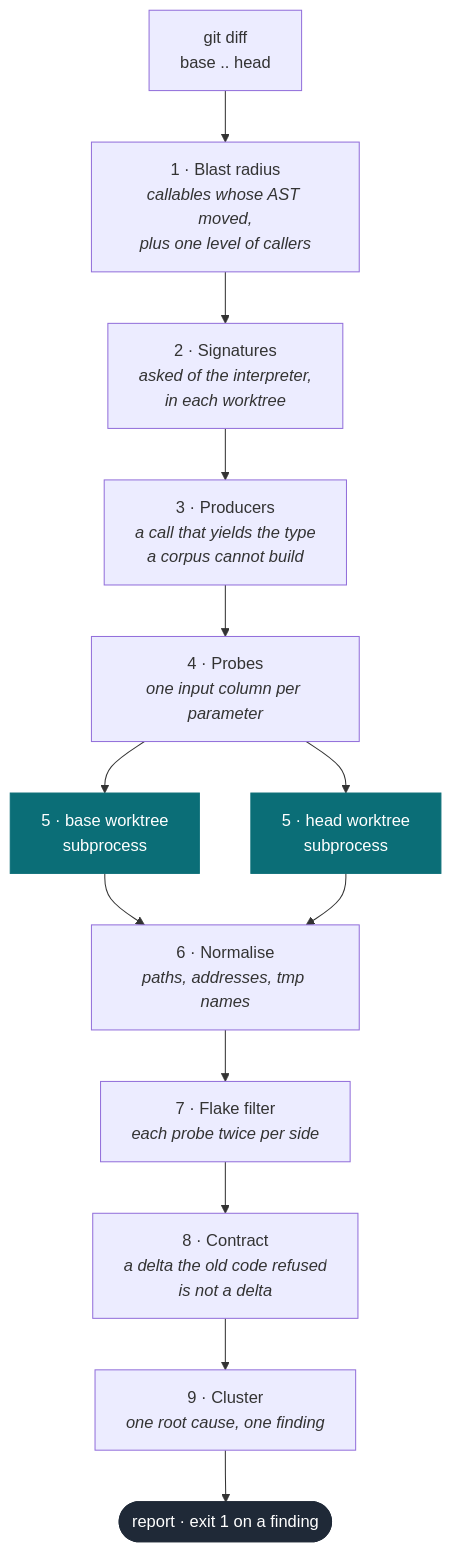
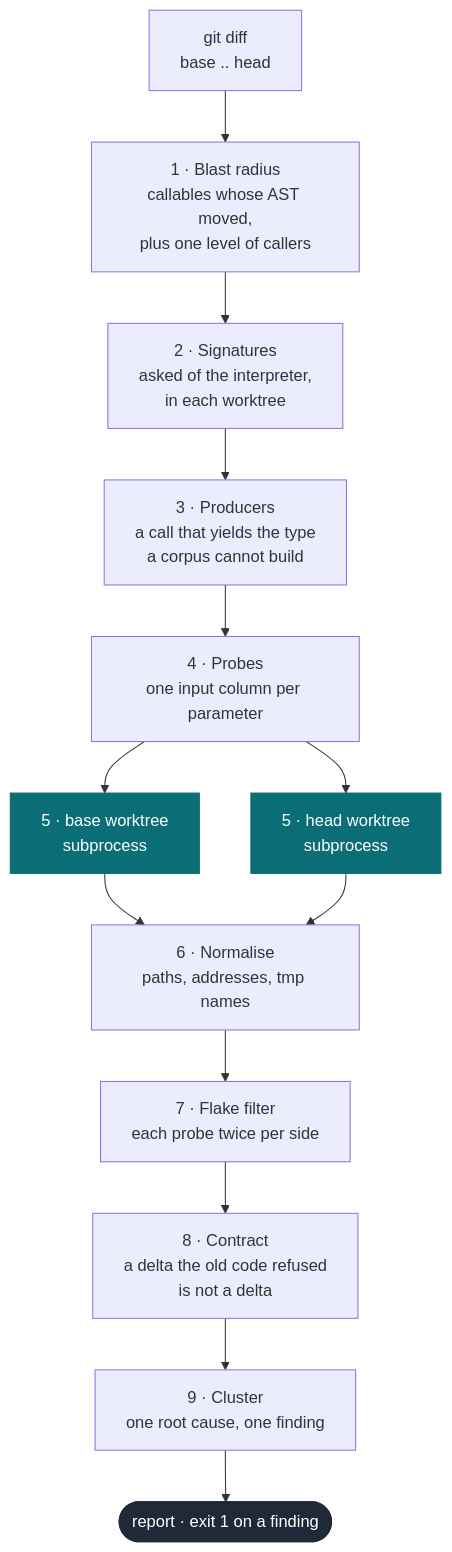
One commit to prian3003/twinrun changed the diagram in README.md. Above: the diagram before and after it, drawn with Mermaid.

Commit message:
Drop inline italics the mermaid renderer may escape

````diff
--- a/README.md
+++ b/README.md
@@ -117,22 +117,22 @@
 ```mermaid
 flowchart TD
-    D["git diff<br/>base .. head"] --> R["1 · Blast radius<br/><i>callables whose AST moved,<br/>plus one level of callers</i>"]
-    R --> S["2 · Signatures<br/><i>asked of the interpreter,<br/>in each worktree</i>"]
-    S --> P["3 · Producers<br/><i>a call that yields the type<br/>a corpus cannot build</i>"]
-    P --> B["4 · Probes<br/><i>one input column per parameter</i>"]
+    D["git diff<br/>base .. head"] --> R["1 · Blast radius<br/>callables whose AST moved,<br/>plus one level of callers"]
+    R --> S["2 · Signatures<br/>asked of the interpreter,<br/>in each worktree"]
+    S --> P["3 · Producers<br/>a call that yields the type<br/>a corpus cannot build"]
+    P --> B["4 · Probes<br/>one input column per parameter"]
 
     B --> W1["5 · base worktree<br/>subprocess"]
     B --> W2["5 · head worktree<br/>subprocess"]
-    W1 --> N["6 · Normalise<br/><i>paths, addresses, tmp names</i>"]
+    W1 --> N["6 · Normalise<br/>paths, addresses, tmp names"]
     W2 --> N
 
-    N --> F["7 · Flake filter<br/><i>each probe twice per side</i>"]
-    F --> C["8 · Contract<br/><i>a delta the old code refused<br/>is not a delta</i>"]
-    C --> G["9 · Cluster<br/><i>one root cause, one finding</i>"]
+    N --> F["7 · Flake filter<br/>each probe twice per side"]
+    F --> C["8 · Contract<br/>a delta the old code refused<br/>is not a delta"]
+    C --> G["9 · Cluster<br/>one root cause, one finding"]
     G --> O(["report · exit 1 on a finding"])
 
     classDef run fill:#0B6E77,stroke:#0B6E77,color:#fff
     classDef out fill:#1f2937,stroke:#1f2937,color:#fff
     class W1,W2 run
     class O out
 ```
````
